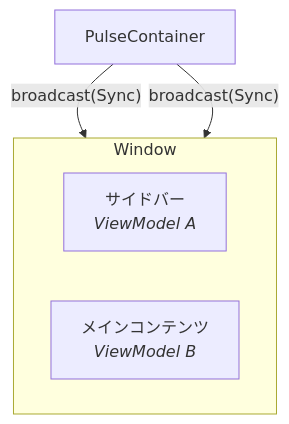
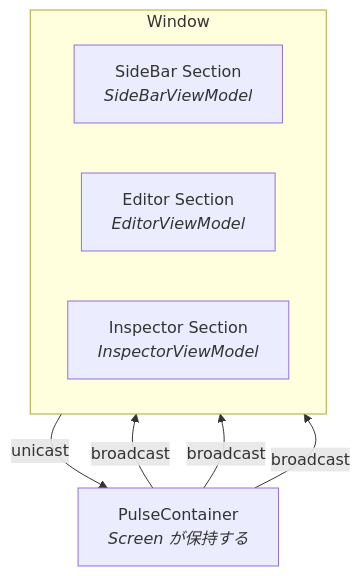
One commit to kaleidot725/PulseDesktop changed the diagram in docs/ja/guide/index.md. Above: the diagram before and after it, drawn with Mermaid. The commit also changed other lines of this file and 7 other files, not shown here.

````diff
--- a/docs/ja/guide/index.md
+++ b/docs/ja/guide/index.md
@@ -17,11 +35,14 @@
 ```mermaid
 flowchart TB
-    PC["PulseContainer"]
+    PC["PulseContainer<br/><i>Screen が保持する</i>"]
     subgraph W["Window"]
         direction LR
-        SB["サイドバー<br/><i>ViewModel A</i>"]
-        MC["メインコンテンツ<br/><i>ViewModel B</i>"]
+        A["SideBar Section<br/><i>SideBarViewModel</i>"]
+        B["Editor Section<br/><i>EditorViewModel</i>"]
+        C["Inspector Section<br/><i>InspectorViewModel</i>"]
     end
-    PC -- "broadcast(Sync)" --> SB
-    PC -- "broadcast(Sync)" --> MC
+    B -- "unicast" --> PC
+    PC -- "broadcast" --> A
+    PC -- "broadcast" --> B
+    PC -- "broadcast" --> C
 ```
````
